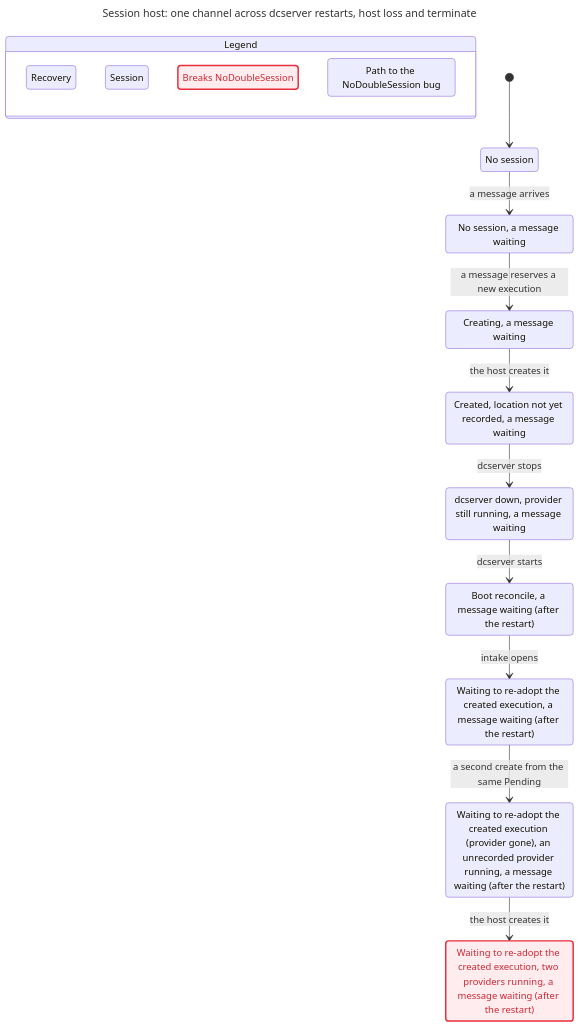
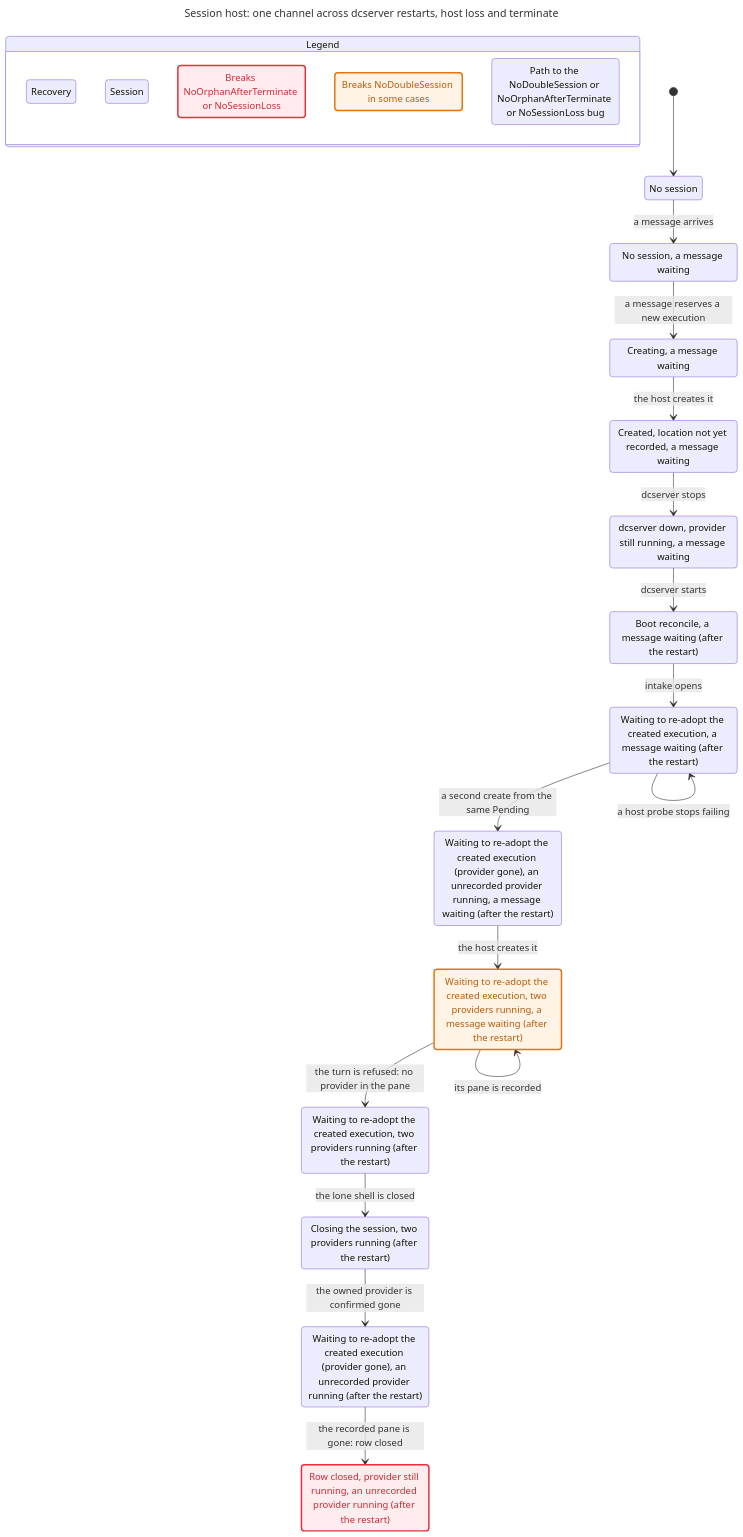
The diagram in docs/statecharts/session-host/session-host-replay-pending.chart.mmd (itismyfield/AgentDesk), drawn with Mermaid before and after one commit. The commit also changed 39 other files, not shown here.

```diff
--- a/docs/statecharts/session-host/session-host-replay-pending.chart.mmd
+++ b/docs/statecharts/session-host/session-host-replay-pending.chart.mmd
@@ -1,52 +1,74 @@
 ---
 title: "Session host: one channel across dcserver restarts, host loss and terminate"
 ---
 stateDiagram-v2
   state "Legend" as legend {
     lg0: Recovery
     lg1: Session
-    lg2: Breaks NoDoubleSession
-    lg3: Path to the NoDoubleSession bug
+    lg2: Breaks NoOrphanAfterTerminate or NoSessionLoss
+    lg3: Breaks NoDoubleSession in some cases
+    lg4: Path to the NoDoubleSession or NoOrphanAfterTerminate or NoSessionLoss bug
   }
   class lg0 blue
   class lg1 teal
   class lg2 breaks
-  class lg3 bugPath
+  class lg3 mayBreak
+  class lg4 bugPath
   s0: No session
   s1: No session, a message waiting
   s2: Creating, a message waiting
   s3: Created, location not yet recorded, a message waiting
   s4: dcserver down, provider still running, a message waiting
   s5: Boot reconcile, a message waiting (after the restart)
   s6: Waiting to re-adopt the created execution, a message waiting (after the restart)
   s7: Waiting to re-adopt the created execution (provider gone), an unrecorded provider running, a message waiting (after the restart)
   s8: Waiting to re-adopt the created execution, two providers running, a message waiting (after the restart)
+  s9: Waiting to re-adopt the created execution, two providers running (after the restart)
+  s10: Closing the session, two providers running (after the restart)
+  s11: Waiting to re-adopt the created execution (provider gone), an unrecorded provider running (after the restart)
+  s12: Row closed, provider still running, an unrecorded provider running (after the restart)
   [*] --> s0
   s0 --> s1: a message arrives
   s1 --> s2: a message reserves a new execution
   s2 --> s3: the host creates it
   s3 --> s4: dcserver stops
   s4 --> s5: dcserver starts
   s5 --> s6: intake opens
+  s6 --> s6: a host probe stops failing
   s6 --> s7: a second create from the same Pending
   s7 --> s8: the host creates it
+  s8 --> s8: its pane is recorded
+  s8 --> s9: the turn is refused: no provider in the pane
+  s9 --> s10: the lone shell is closed
+  s10 --> s11: the owned provider is confirmed gone
+  s11 --> s12: the recorded pane is gone: row closed
   classDef breaks fill:#ffecee,stroke:#e72e3b,stroke-width:2.5px,color:#cd2834
+  classDef mayBreak fill:#fff3e6,stroke:#e8730c,stroke-width:2.5px,color:#b85a06
   class s0 teal
   class s0 bugPath
   class s1 teal
   class s1 bugPath
   class s2 teal
   class s2 bugPath
   class s3 teal
   class s3 bugPath
   class s4 blue
   class s4 bugPath
   class s5 blue
   class s5 bugPath
   class s6 blue
   class s6 bugPath
   class s7 blue
   class s7 bugPath
   class s8 blue
-  class s8 breaks
+  class s8 mayBreak
   class s8 bugPath
+  class s9 blue
+  class s9 bugPath
+  class s10 blue
+  class s10 bugPath
+  class s11 blue
+  class s11 bugPath
+  class s12 teal
+  class s12 breaks
+  class s12 bugPath
```
